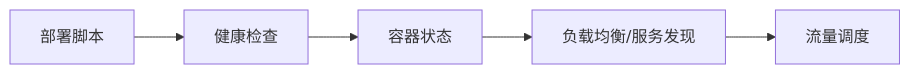
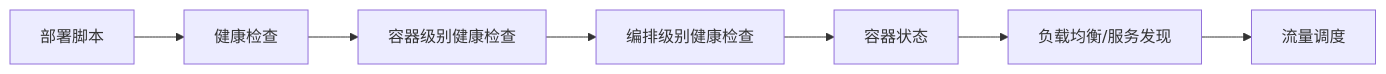
The eighth of 8 diagrams in .qoder/repowiki/zh/content/部署和运维/监控运维/健康检查机制.md (Will0253/zczk), drawn with Mermaid before and after one commit. The commit also changed other lines of this file and 13 other files, not shown here.

````diff
--- a/.qoder/repowiki/zh/content/部署和运维/监控运维/健康检查机制.md
+++ b/.qoder/repowiki/zh/content/部署和运维/监控运维/健康检查机制.md
@@ -265,7 +331,9 @@
 ```mermaid
 graph LR
 Deploy["部署脚本"] --> HC["健康检查"]
-HC --> Status["容器状态"]
+HC --> Container["容器级别健康检查"]
+Container --> Compose["编排级别健康检查"]
+Compose --> Status["容器状态"]
 Status --> LB["负载均衡/服务发现"]
 LB --> Traffic["流量调度"]
 ```
````
